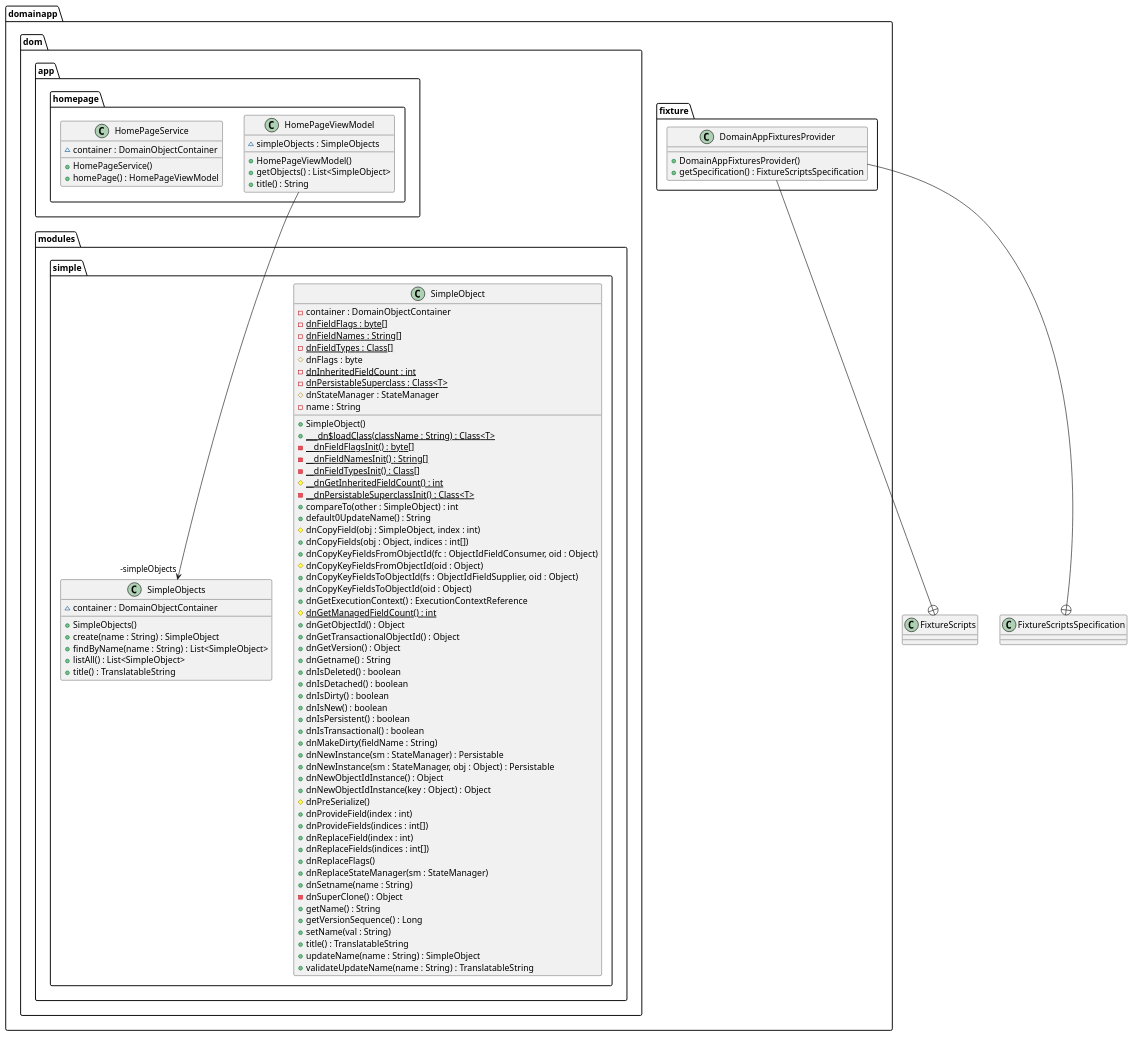
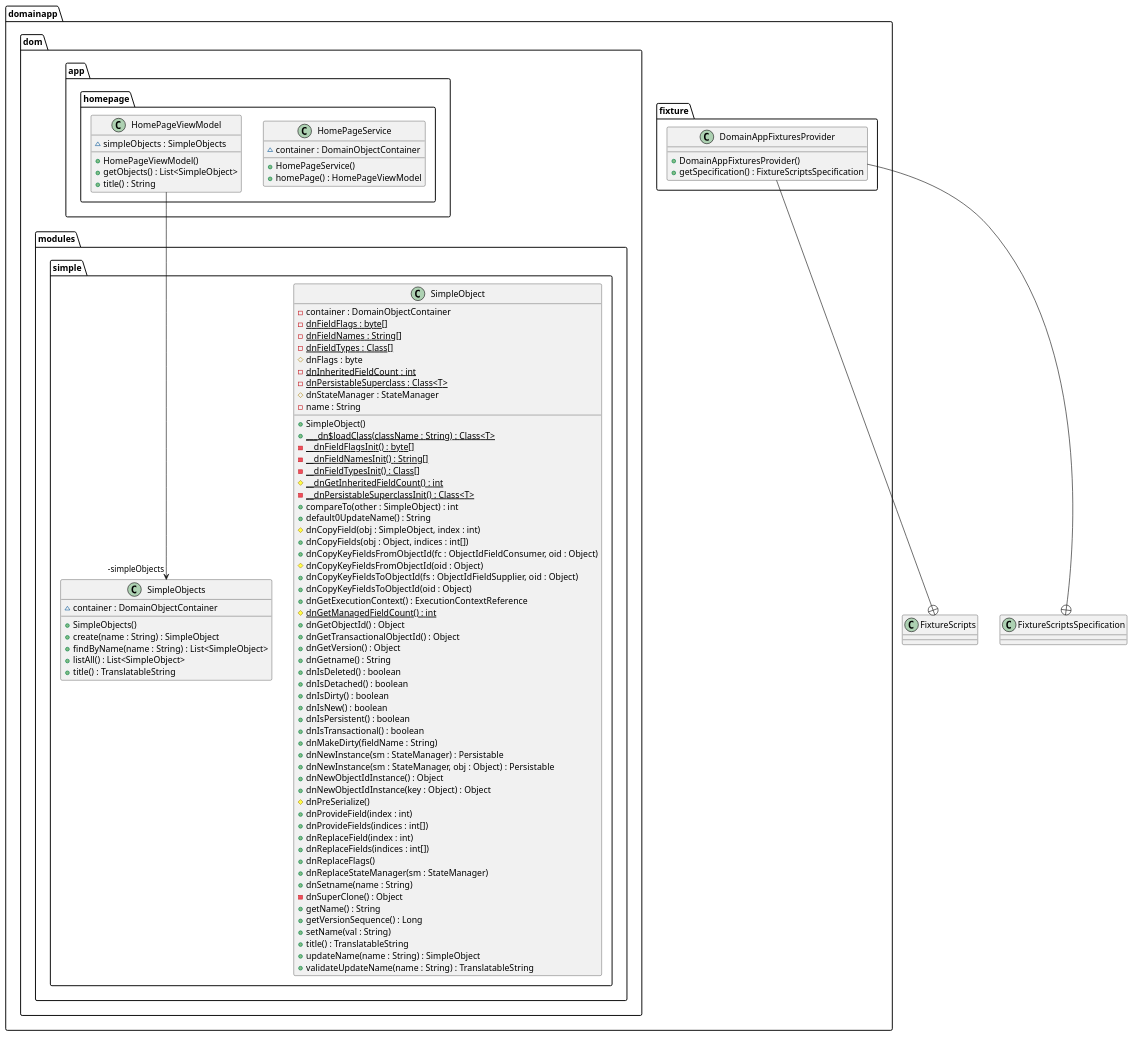
One commit to NatalieSty/java-design-patterns changed the diagram in naked-objects/etc/naked-objects-fixture.urm.puml. Above: the diagram before and after it, drawn with PlantUML. The commit also changed other lines of this file and 77 other files, not shown here.

Commit message:
UML generation: Mark the urm-maven-plugin execution to be ignored in Eclipse and recreate all .puml files

```diff
--- a/naked-objects/etc/naked-objects-fixture.urm.puml
+++ b/naked-objects/etc/naked-objects-fixture.urm.puml
@@ -1,92 +1,92 @@
 @startuml
 package domainapp.dom.app.homepage {
+  class HomePageService {
+    ~ container : DomainObjectContainer
+    + HomePageService()
+    + homePage() : HomePageViewModel
+  }
   class HomePageViewModel {
     ~ simpleObjects : SimpleObjects
     + HomePageViewModel()
     + getObjects() : List<SimpleObject>
     + title() : String
-  }
-  class HomePageService {
-    ~ container : DomainObjectContainer
-    + HomePageService()
-    + homePage() : HomePageViewModel
   }
 }
 package domainapp.dom.modules.simple {
   class SimpleObject {
     - container : DomainObjectContainer
     - dnFieldFlags : byte[] {static}
     - dnFieldNames : String[] {static}
     - dnFieldTypes : Class[] {static}
     # dnFlags : byte
     - dnInheritedFieldCount : int {static}
     - dnPersistableSuperclass : Class<T> {static}
     # dnStateManager : StateManager
     - name : String
     + SimpleObject()
     + ___dn$loadClass(className : String) : Class<T> {static}
     - __dnFieldFlagsInit() : byte[] {static}
     - __dnFieldNamesInit() : String[] {static}
     - __dnFieldTypesInit() : Class[] {static}
     # __dnGetInheritedFieldCount() : int {static}
     - __dnPersistableSuperclassInit() : Class<T> {static}
     + compareTo(other : SimpleObject) : int
     + default0UpdateName() : String
     # dnCopyField(obj : SimpleObject, index : int)
     + dnCopyFields(obj : Object, indices : int[])
     + dnCopyKeyFieldsFromObjectId(fc : ObjectIdFieldConsumer, oid : Object)
     # dnCopyKeyFieldsFromObjectId(oid : Object)
     + dnCopyKeyFieldsToObjectId(fs : ObjectIdFieldSupplier, oid : Object)
     + dnCopyKeyFieldsToObjectId(oid : Object)
     + dnGetExecutionContext() : ExecutionContextReference
     # dnGetManagedFieldCount() : int {static}
     + dnGetObjectId() : Object
     + dnGetTransactionalObjectId() : Object
     + dnGetVersion() : Object
     + dnGetname() : String
     + dnIsDeleted() : boolean
     + dnIsDetached() : boolean
     + dnIsDirty() : boolean
     + dnIsNew() : boolean
     + dnIsPersistent() : boolean
     + dnIsTransactional() : boolean
     + dnMakeDirty(fieldName : String)
     + dnNewInstance(sm : StateManager) : Persistable
     + dnNewInstance(sm : StateManager, obj : Object) : Persistable
     + dnNewObjectIdInstance() : Object
     + dnNewObjectIdInstance(key : Object) : Object
     # dnPreSerialize()
     + dnProvideField(index : int)
     + dnProvideFields(indices : int[])
     + dnReplaceField(index : int)
     + dnReplaceFields(indices : int[])
     + dnReplaceFlags()
     + dnReplaceStateManager(sm : StateManager)
     + dnSetname(name : String)
     - dnSuperClone() : Object
     + getName() : String
     + getVersionSequence() : Long
     + setName(val : String)
     + title() : TranslatableString
     + updateName(name : String) : SimpleObject
     + validateUpdateName(name : String) : TranslatableString
   }
   class SimpleObjects {
     ~ container : DomainObjectContainer
     + SimpleObjects()
     + create(name : String) : SimpleObject
     + findByName(name : String) : List<SimpleObject>
     + listAll() : List<SimpleObject>
     + title() : TranslatableString
   }
 }
 package domainapp.fixture {
   class DomainAppFixturesProvider {
     + DomainAppFixturesProvider()
     + getSpecification() : FixtureScriptsSpecification
   }
 }
 DomainAppFixturesProvider --+ FixtureScripts
 DomainAppFixturesProvider --+ FixtureScriptsSpecification
 HomePageViewModel -->  "-simpleObjects" SimpleObjects
 @enduml
```
